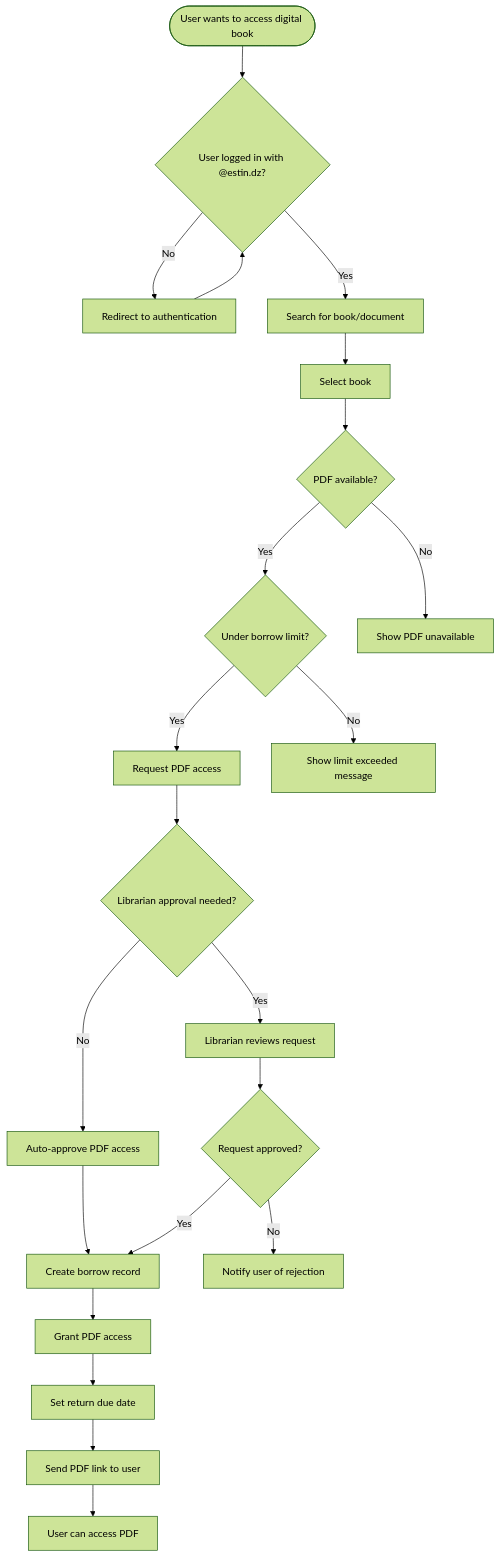
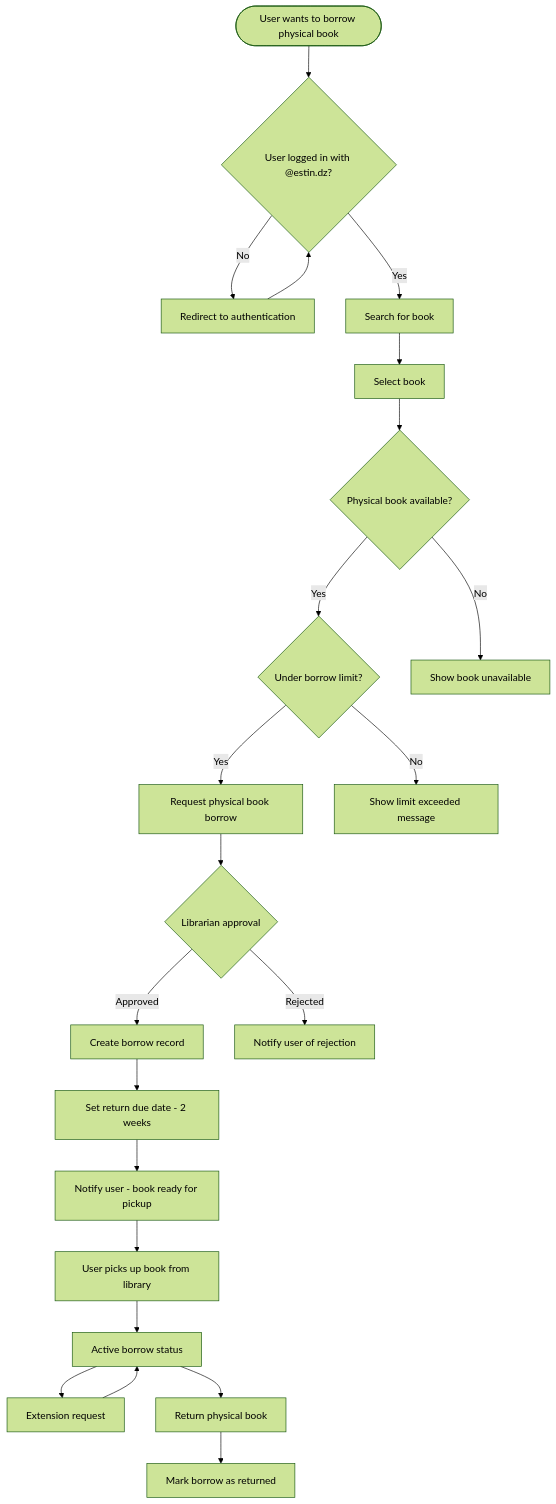
One commit to H3xKatana/EstinBib-new changed the fifth of 12 diagrams in README.md. Above: the diagram before and after it, drawn with Mermaid (forest theme). The commit also changed other lines of this file, not shown here.

````diff
--- a/README.md
+++ b/README.md
@@ -358,45 +352,45 @@
 ```mermaid
 flowchart TD
-    START([User wants to access digital book])
+    START([User wants to borrow physical book])
     LOGIN{User logged in with @estin.dz?}
     AUTH[Redirect to authentication]
-    SEARCH[Search for book/document]
+    SEARCH[Search for book]
     SELECT[Select book]
-    CHECK_AVAIL{PDF available?}
+    CHECK_AVAIL{Physical book available?}
     CHECK_LIMIT{Under borrow limit?}
-    REQUEST_BORROW[Request PDF access]
-    LIBRARIAN_APPROVE{Librarian approval needed?}
-    AUTO_APPROVE[Auto-approve PDF access]
-    MANUAL_APPROVE[Librarian reviews request]
-    APPROVED{Request approved?}
+    REQUEST_BORROW[Request physical book borrow]
+    LIBRARIAN_APPROVE{Librarian approval}
     CREATE_BORROW[Create borrow record]
-    GRANT_ACCESS[Grant PDF access]
-    NOTIFY_USER[Send PDF link to user]
+    SET_DUE_DATE[Set return due date - 2 weeks]
+    NOTIFY_USER[Notify user - book ready for pickup]
+    PICKUP[User picks up book from library]
+    ACTIVE_BORROW[Active borrow status]
+    EXTENSION_REQ[Extension request]
+    RETURN_BOOK[Return physical book]
+    COMPLETE_BORROW[Mark borrow as returned]
+    BOOK_UNAVAIL[Show book unavailable]
+    LIMIT_EXCEEDED[Show limit exceeded message]
     NOTIFY_REJECT[Notify user of rejection]
-    SET_DUE_DATE[Set return due date]
-    ACCESS_SUCCESS[User can access PDF]
-    BOOK_UNAVAIL[Show PDF unavailable]
-    LIMIT_EXCEEDED[Show limit exceeded message]
     
     START --> LOGIN
     LOGIN -->|No| AUTH
     AUTH --> LOGIN
     LOGIN -->|Yes| SEARCH
     SEARCH --> SELECT
     SELECT --> CHECK_AVAIL
     CHECK_AVAIL -->|No| BOOK_UNAVAIL
     CHECK_AVAIL -->|Yes| CHECK_LIMIT
     CHECK_LIMIT -->|No| LIMIT_EXCEEDED
     CHECK_LIMIT -->|Yes| REQUEST_BORROW
     REQUEST_BORROW --> LIBRARIAN_APPROVE
-    LIBRARIAN_APPROVE -->|No| AUTO_APPROVE
-    LIBRARIAN_APPROVE -->|Yes| MANUAL_APPROVE
-    AUTO_APPROVE --> CREATE_BORROW
-    MANUAL_APPROVE --> APPROVED
-    APPROVED -->|Yes| CREATE_BORROW
-    APPROVED -->|No| NOTIFY_REJECT
-    CREATE_BORROW --> GRANT_ACCESS
-    GRANT_ACCESS --> SET_DUE_DATE
+    LIBRARIAN_APPROVE -->|Approved| CREATE_BORROW
+    LIBRARIAN_APPROVE -->|Rejected| NOTIFY_REJECT
+    CREATE_BORROW --> SET_DUE_DATE
     SET_DUE_DATE --> NOTIFY_USER
-    NOTIFY_USER --> ACCESS_SUCCESS
+    NOTIFY_USER --> PICKUP
+    PICKUP --> ACTIVE_BORROW
+    ACTIVE_BORROW --> EXTENSION_REQ
+    ACTIVE_BORROW --> RETURN_BOOK
+    EXTENSION_REQ --> ACTIVE_BORROW
+    RETURN_BOOK --> COMPLETE_BORROW
 ```
````
